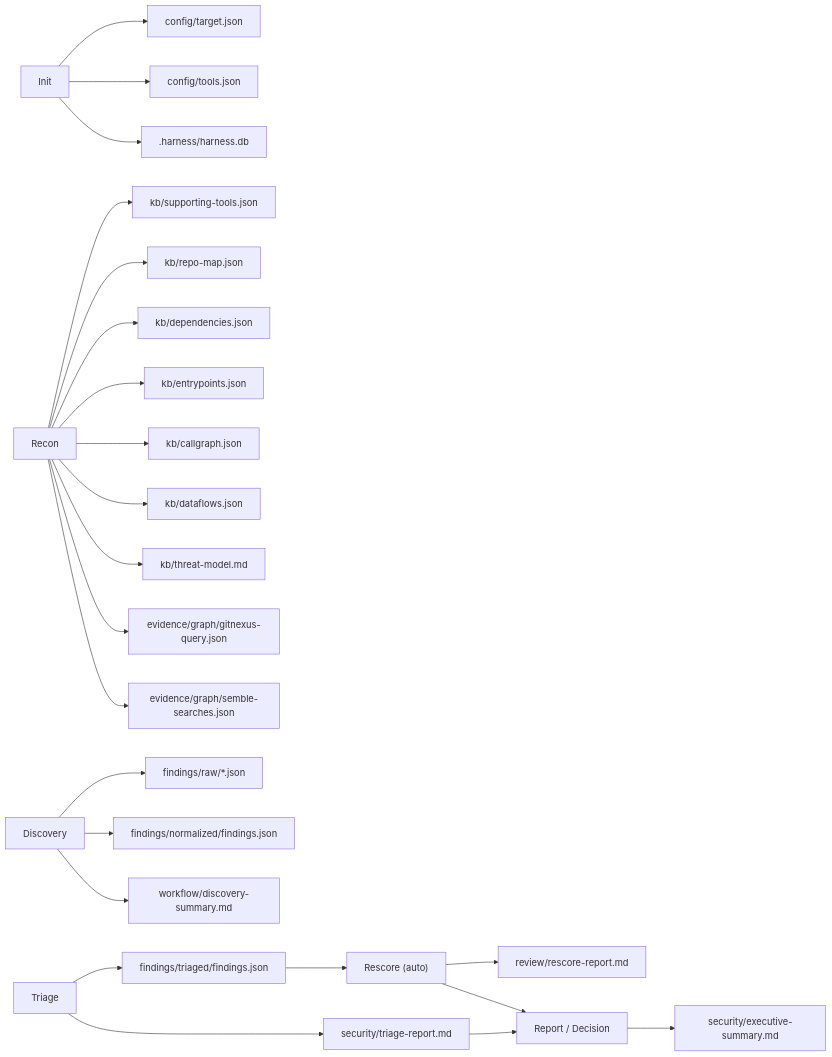
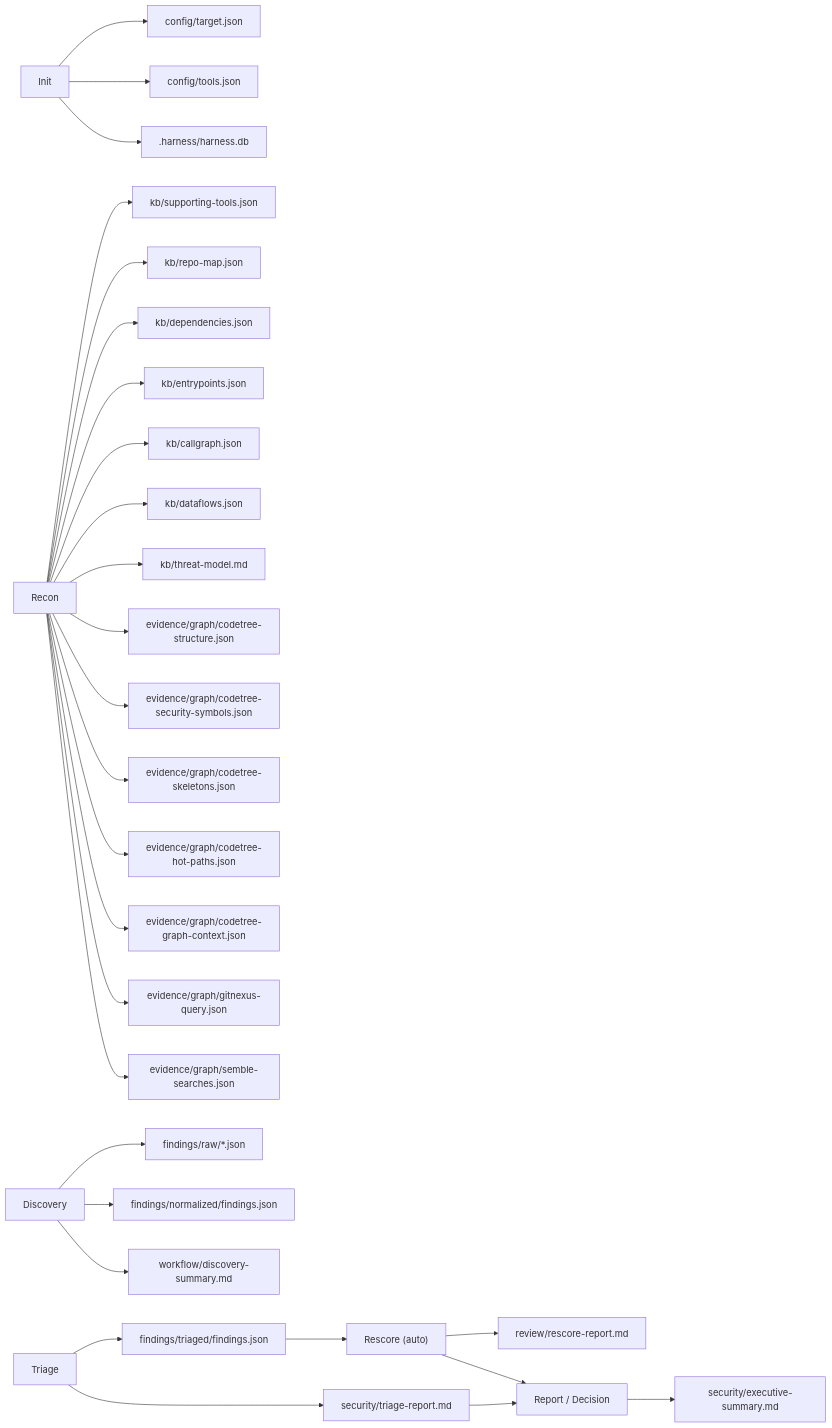
Before and after one commit to xfhg/security-agent: the eighth of 8 diagrams in docs/security-agent-flow.md, drawn with Mermaid. The commit also changed other lines of this file and 4 other files, not shown here.

````diff
--- a/docs/security-agent-flow.md
+++ b/docs/security-agent-flow.md
@@ -440,31 +451,36 @@
 ```mermaid
 flowchart LR
   Init["Init"] --> A1["config/target.json"]
   Init --> A2["config/tools.json"]
   Init --> A3[".harness/harness.db"]
 
   Recon["Recon"] --> B1["kb/supporting-tools.json"]
   Recon --> B2["kb/repo-map.json"]
   Recon --> B3["kb/dependencies.json"]
   Recon --> B4["kb/entrypoints.json"]
   Recon --> B5["kb/callgraph.json"]
   Recon --> B6["kb/dataflows.json"]
   Recon --> B7["kb/threat-model.md"]
-  Recon --> B8["evidence/graph/gitnexus-query.json"]
-  Recon --> B9["evidence/graph/semble-searches.json"]
+  Recon --> B8["evidence/graph/codetree-structure.json"]
+  Recon --> B9["evidence/graph/codetree-security-symbols.json"]
+  Recon --> B10["evidence/graph/codetree-skeletons.json"]
+  Recon --> B11["evidence/graph/codetree-hot-paths.json"]
+  Recon --> B12["evidence/graph/codetree-graph-context.json"]
+  Recon --> B13["evidence/graph/gitnexus-query.json"]
+  Recon --> B14["evidence/graph/semble-searches.json"]
 
   Discovery["Discovery"] --> C1["findings/raw/*.json"]
   Discovery --> C2["findings/normalized/findings.json"]
   Discovery --> C3["workflow/discovery-summary.md"]
 
   Triage["Triage"] --> D1["findings/triaged/findings.json"]
   Triage --> D2["security/triage-report.md"]
 
   Rescore["Rescore (auto)"] --> R1["review/rescore-report.md"]
 
   Decision["Report / Decision"] --> E1["security/executive-summary.md"]
 
   D1 --> Rescore
   Rescore --> Decision
   D2 --> Decision
 ```
````
